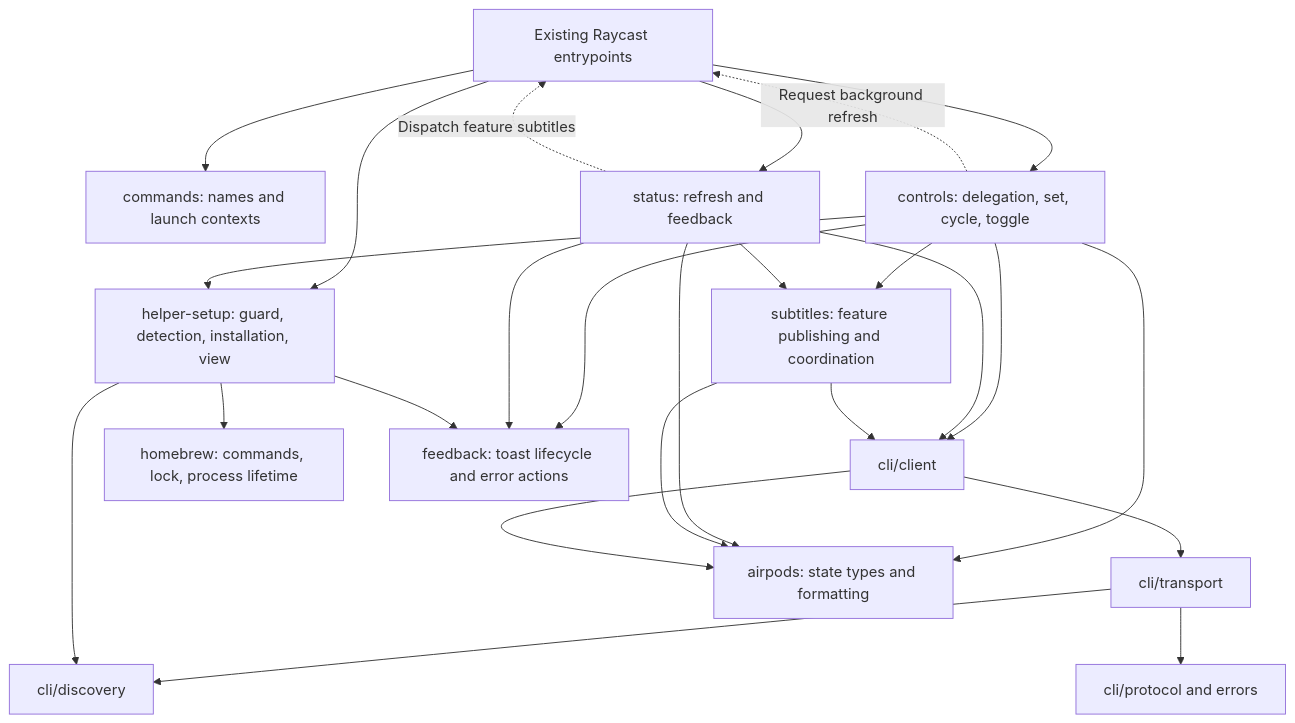
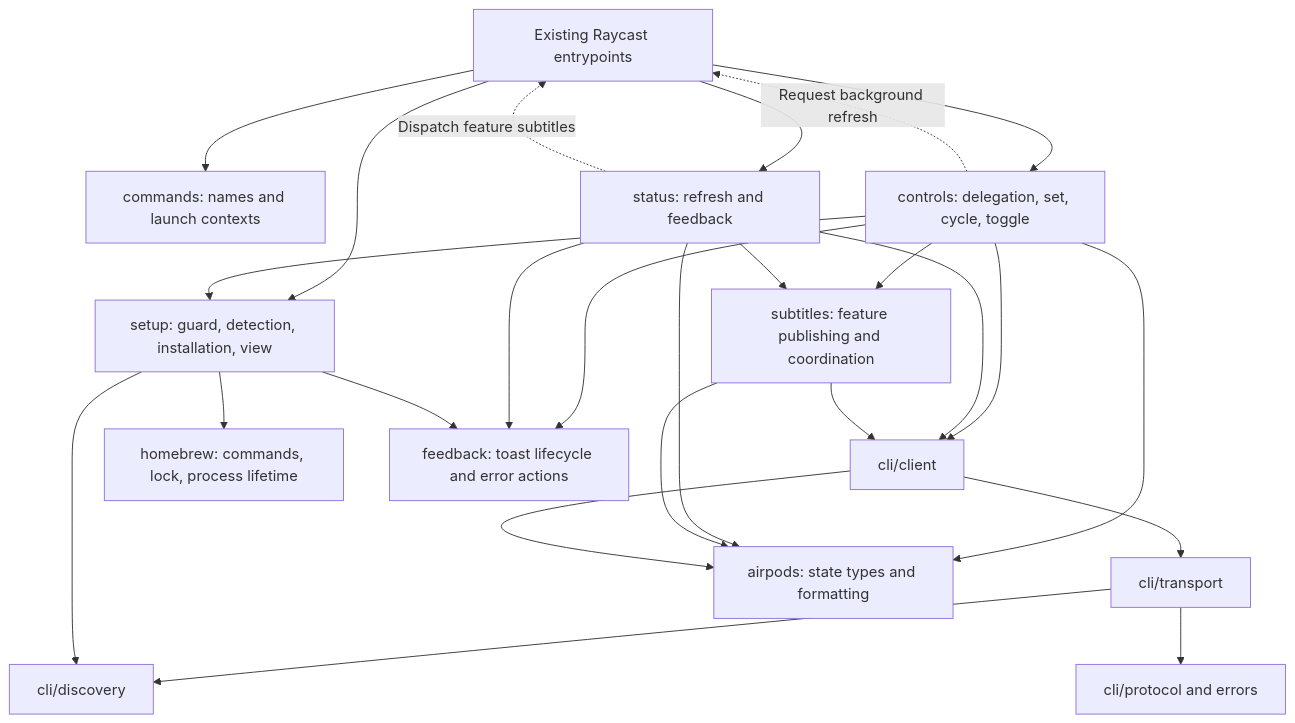
Before and after one commit to raulgg/raycast-extension-airpods-control: the second of 2 diagrams in ARCHITECTURE.md, drawn with Mermaid. The commit also changed other lines of this file and 30 other files, not shown here.

````diff
--- a/ARCHITECTURE.md
+++ b/ARCHITECTURE.md
@@ -63,27 +63,27 @@
 ```mermaid
 flowchart TD
   Entry[Existing Raycast entrypoints] --> Contracts[commands: names and launch contexts]
   Entry --> Controls[controls: delegation, set, cycle, toggle]
   Entry --> Status[status: refresh and feedback]
-  Entry --> Setup[helper-setup: guard, detection, installation, view]
+  Entry --> Setup[setup: guard, detection, installation, view]
   Controls --> Setup
   Controls --> Subtitles[subtitles: feature publishing and coordination]
   Status --> Subtitles
   Controls --> Client[cli/client]
   Status --> Client
   Subtitles --> Client
   Controls -. Request background refresh .-> Entry
   Status -. Dispatch feature subtitles .-> Entry
   Client --> Transport[cli/transport]
   Transport --> Discovery[cli/discovery]
   Transport --> Protocol[cli/protocol and errors]
   Setup --> Discovery
   Setup --> Brew[homebrew: commands, lock, process lifetime]
   Controls --> Feedback[feedback: toast lifecycle and error actions]
   Status --> Feedback
   Setup --> Feedback
   Controls --> Domain[airpods: state types and formatting]
   Status --> Domain
   Subtitles --> Domain
   Client --> Domain
 ```
````
